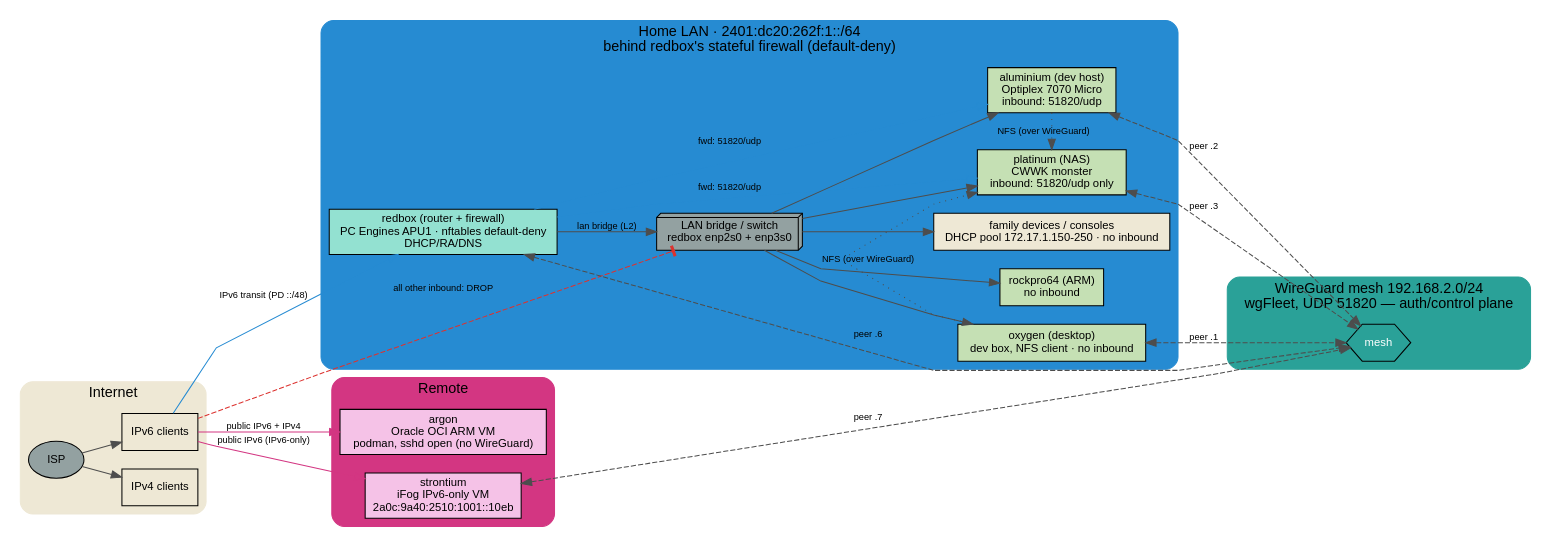
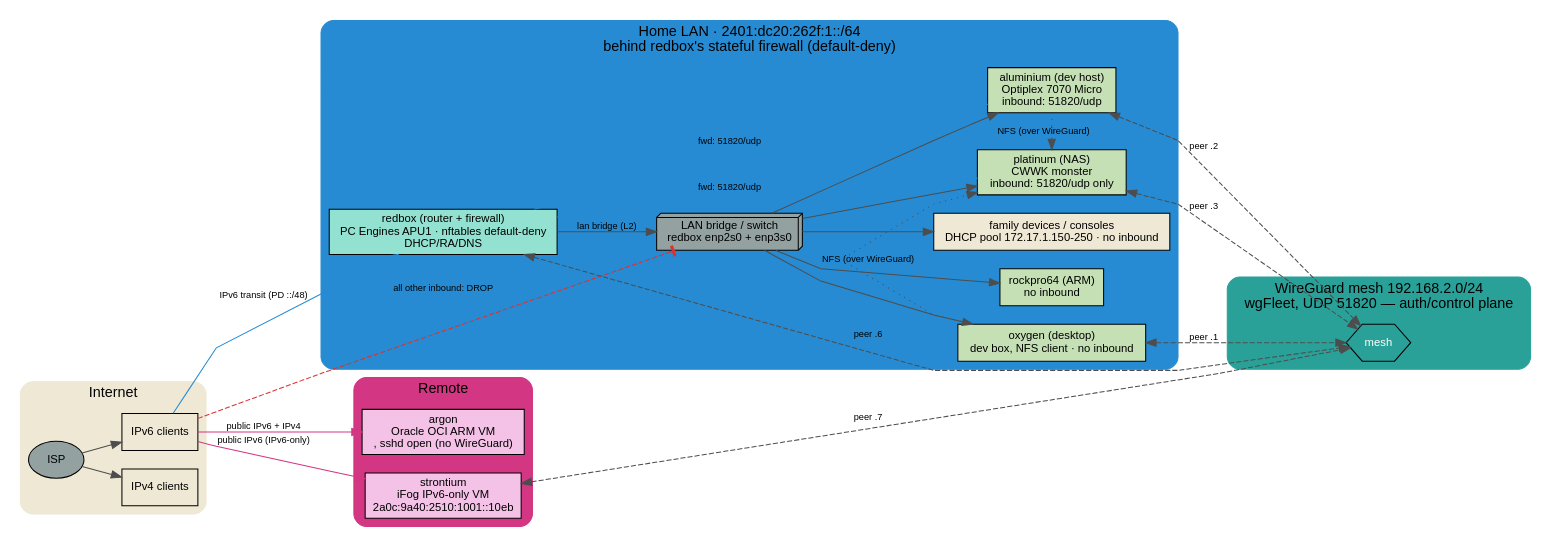
The diagram in docs/network.dot (tomfitzhenry/fleet), drawn with Graphviz before and after one commit. The commit also changed 4 other files, not shown here.

```diff
--- a/docs/network.dot
+++ b/docs/network.dot
@@ -1,82 +1,82 @@
 digraph network {
   rankdir=LR;
   compound=true;
   splines=polyline;
   fontname="sans-serif";
   node [shape=box, fontname="sans-serif", fontsize=11];
   edge [fontname="sans-serif", fontsize=9, color=gray30];
 
   // ---------------------------------------------------------------- Internet
   subgraph cluster_internet {
     label="Internet";
     style="filled,rounded";
     color="#eee8d5";
     isp [label="ISP", shape=ellipse, style="filled", fillcolor="#93a1a1"];
     v4 [label="IPv4 clients", style="filled", fillcolor="#eee8d5"];
     v6 [label="IPv6 clients", style="filled", fillcolor="#eee8d5"];
   }
 
   // ---------------------------------------------------------------- Home LAN
   subgraph cluster_home {
     label="Home LAN · 2401:dc20:262f:1::/64\nbehind redbox's stateful firewall (default-deny)";
     style="filled,rounded";
     color="#268bd2";
 
     redbox [label="redbox (router + firewall)\nPC Engines APU1 · nftables default-deny\nDHCP/RA/DNS", style="filled", fillcolor="#93e1d1"];
     lan [label="LAN bridge / switch\nredbox enp2s0 + enp3s0", shape=box3d, style="filled", fillcolor="#93a1a1"];
     aluminium [label="aluminium (dev host)\nOptiplex 7070 Micro\ninbound: 51820/udp", style="filled", fillcolor="#c5e0b4"];
     platinum [label="platinum (NAS)\nCWWK monster\ninbound: 51820/udp only", style="filled", fillcolor="#c5e0b4"];
     oxygen [label="oxygen (desktop)\ndev box, NFS client · no inbound", style="filled", fillcolor="#c5e0b4"];
     rockpro64 [label="rockpro64 (ARM)\nno inbound", style="filled", fillcolor="#c5e0b4"];
     family [label="family devices / consoles\nDHCP pool 172.17.1.150-250 · no inbound", style="filled", fillcolor="#eee8d5"];
 
     redbox -> lan [label="lan bridge (L2)"];
     lan -> aluminium;
     lan -> platinum;
     lan -> oxygen;
     lan -> rockpro64;
     lan -> family;
   }
 
   // ---------------------------------------------------------------- WireGuard
   subgraph cluster_wg {
     label="WireGuard mesh 192.168.2.0/24\nwgFleet, UDP 51820 — auth/control plane";
     style="filled,rounded";
     color="#2aa198";
     mesh [label="mesh", shape=hexagon, style="filled", fillcolor="#2aa198", fontcolor="white"];
   }
 
   // ---------------------------------------------------------------- Remote
   subgraph cluster_remote {
     label="Remote";
     style="filled,rounded";
     color="#d33682";
-    argon [label="argon\nOracle OCI ARM VM\npodman, sshd open (no WireGuard)", style="filled", fillcolor="#f5c2e7"];
+    argon [label="argon\nOracle OCI ARM VM\n, sshd open (no WireGuard)", style="filled", fillcolor="#f5c2e7"];
     strontium [label="strontium\niFog IPv6-only VM\n2a0c:9a40:2510:1001::10eb", style="filled", fillcolor="#f5c2e7"];
   }
 
   // ---------------------------------------------------------------- Edges
   isp -> v4;
   isp -> v6;
 
   v6 -> redbox [label="IPv6 transit (PD ::/48)", color="#268bd2"];
 
   // The only inbound forwards redbox allows (networking.firewall.extraForwardRules).
   redbox -> aluminium [label="fwd: 51820/udp", color="#268bd2"];
   redbox -> platinum [label="fwd: 51820/udp", color="#268bd2"];
 
   // Everything else inbound is dropped at the firewall.
   v6 -> lan [label="all other inbound: DROP", style=dashed, color="#dc322f", arrowhead=tee, constraint=false];
 
   v6 -> argon [label="public IPv6 + IPv4", color="#d33682"];
   v6 -> strontium [label="public IPv6 (IPv6-only)", color="#d33682"];
 
   redbox -> mesh [label="peer .6", style=dashed, dir=both];
   aluminium -> mesh [label="peer .2", style=dashed, dir=both];
   platinum -> mesh [label="peer .3", style=dashed, dir=both];
   oxygen -> mesh [label="peer .1", style=dashed, dir=both];
   strontium -> mesh [label="peer .7", style=dashed, dir=both];
 
   aluminium -> platinum [label="NFS (over WireGuard)", style=dotted, constraint=false];
   oxygen -> platinum [label="NFS (over WireGuard)", style=dotted, constraint=false];
 }
```
